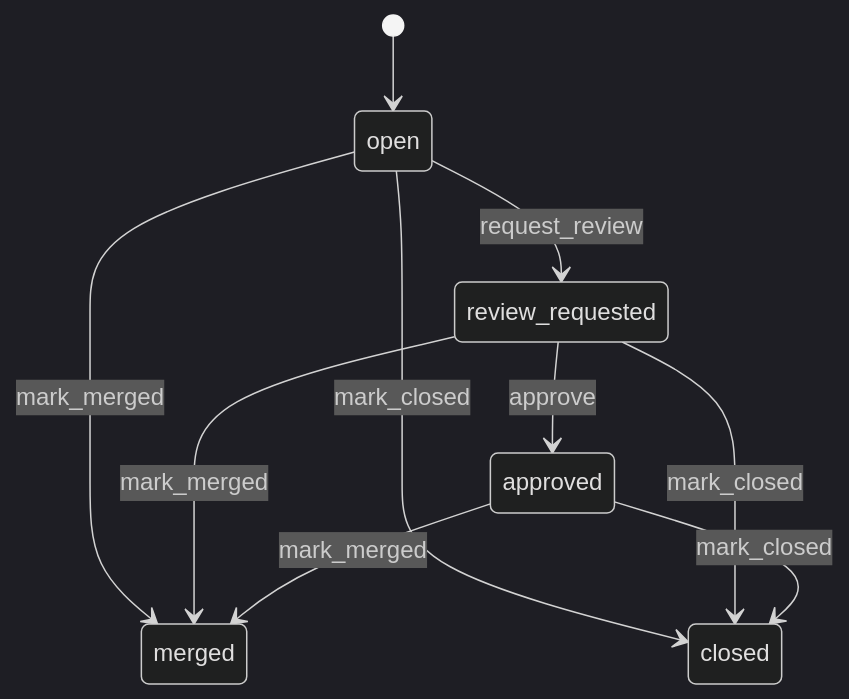
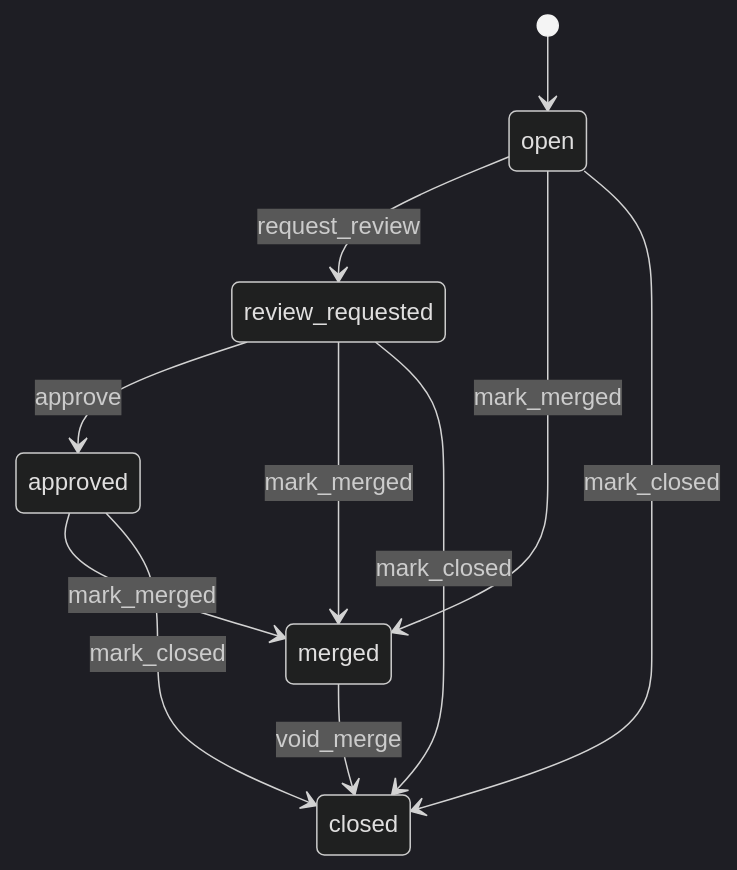
Before and after one commit to souliane/teatree: the fifth of 6 diagrams in README.md, drawn with Mermaid (dark theme). The commit also changed 80 other files, not shown here.

First line of the commit message:
feat(core): void a false merge without wiping ledgers (#5210) (#5233)

````diff
--- a/README.md
+++ b/README.md
@@ -355,12 +355,13 @@
 ```mermaid
 stateDiagram-v2
     [*] --> open
     open --> review_requested : request_review
     open --> merged : mark_merged
     open --> closed : mark_closed
     review_requested --> approved : approve
     review_requested --> merged : mark_merged
     review_requested --> closed : mark_closed
     approved --> merged : mark_merged
     approved --> closed : mark_closed
+    merged --> closed : void_merge
 ```
````
